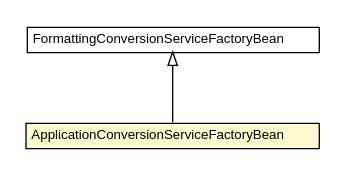
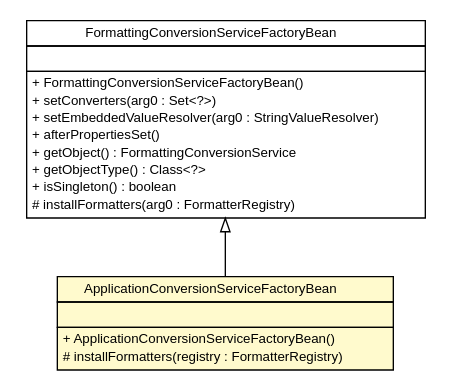
Before and after one commit to serene-project/serene-collector: the diagram in apidocs/net/sereneproject/collector/web/ApplicationConversionServiceFactoryBean.dot, drawn with Graphviz. The commit also changed 299 other files, not shown here.

```diff
--- a/apidocs/net/sereneproject/collector/web/ApplicationConversionServiceFactoryBean.dot
+++ b/apidocs/net/sereneproject/collector/web/ApplicationConversionServiceFactoryBean.dot
@@ -1,26 +1,46 @@
 #!/usr/local/bin/dot
 #
 # Class diagram 
 # Generated by UMLGraph version 5.1 (http://www.umlgraph.org/)
 #
 
 digraph G {
 	edge [fontname="Helvetica",fontsize=10,labelfontname="Helvetica",labelfontsize=10];
 	node [fontname="Helvetica",fontsize=10,shape=plaintext];
 	nodesep=0.25;
 	ranksep=0.5;
 	// net.sereneproject.collector.web.ApplicationConversionServiceFactoryBean
 	c115 [label=<<table title="net.sereneproject.collector.web.ApplicationConversionServiceFactoryBean" border="0" cellborder="1" cellspacing="0" cellpadding="2" port="p" bgcolor="lemonChiffon" href="./ApplicationConversionServiceFactoryBean.html">
 		<tr><td><table border="0" cellspacing="0" cellpadding="1">
 <tr><td align="center" balign="center"> ApplicationConversionServiceFactoryBean </td></tr>
 		</table></td></tr>
+		<tr><td><table border="0" cellspacing="0" cellpadding="1">
+<tr><td align="left" balign="left">  </td></tr>
+		</table></td></tr>
+		<tr><td><table border="0" cellspacing="0" cellpadding="1">
+<tr><td align="left" balign="left"> + ApplicationConversionServiceFactoryBean() </td></tr>
+<tr><td align="left" balign="left"> # installFormatters(registry : FormatterRegistry) </td></tr>
+		</table></td></tr>
 		</table>>, fontname="Helvetica", fontcolor="black", fontsize=10.0];
 	//net.sereneproject.collector.web.ApplicationConversionServiceFactoryBean extends org.springframework.format.support.FormattingConversionServiceFactoryBean
 	c130:p -> c115:p [dir=back,arrowtail=empty];
 	// org.springframework.format.support.FormattingConversionServiceFactoryBean
 	c130 [label=<<table title="org.springframework.format.support.FormattingConversionServiceFactoryBean" border="0" cellborder="1" cellspacing="0" cellpadding="2" port="p" href="http://java.sun.com/j2se/1.4.2/docs/api/org/springframework/format/support/FormattingConversionServiceFactoryBean.html">
 		<tr><td><table border="0" cellspacing="0" cellpadding="1">
 <tr><td align="center" balign="center"> FormattingConversionServiceFactoryBean </td></tr>
 		</table></td></tr>
+		<tr><td><table border="0" cellspacing="0" cellpadding="1">
+<tr><td align="left" balign="left">  </td></tr>
+		</table></td></tr>
+		<tr><td><table border="0" cellspacing="0" cellpadding="1">
+<tr><td align="left" balign="left"> + FormattingConversionServiceFactoryBean() </td></tr>
+<tr><td align="left" balign="left"> + setConverters(arg0 : Set&lt;?&gt;) </td></tr>
+<tr><td align="left" balign="left"> + setEmbeddedValueResolver(arg0 : StringValueResolver) </td></tr>
+<tr><td align="left" balign="left"> + afterPropertiesSet() </td></tr>
+<tr><td align="left" balign="left"> + getObject() : FormattingConversionService </td></tr>
+<tr><td align="left" balign="left"> + getObjectType() : Class&lt;?&gt; </td></tr>
+<tr><td align="left" balign="left"> + isSingleton() : boolean </td></tr>
+<tr><td align="left" balign="left"> # installFormatters(arg0 : FormatterRegistry) </td></tr>
+		</table></td></tr>
 		</table>>, fontname="Helvetica", fontcolor="black", fontsize=10.0];
 }
```
